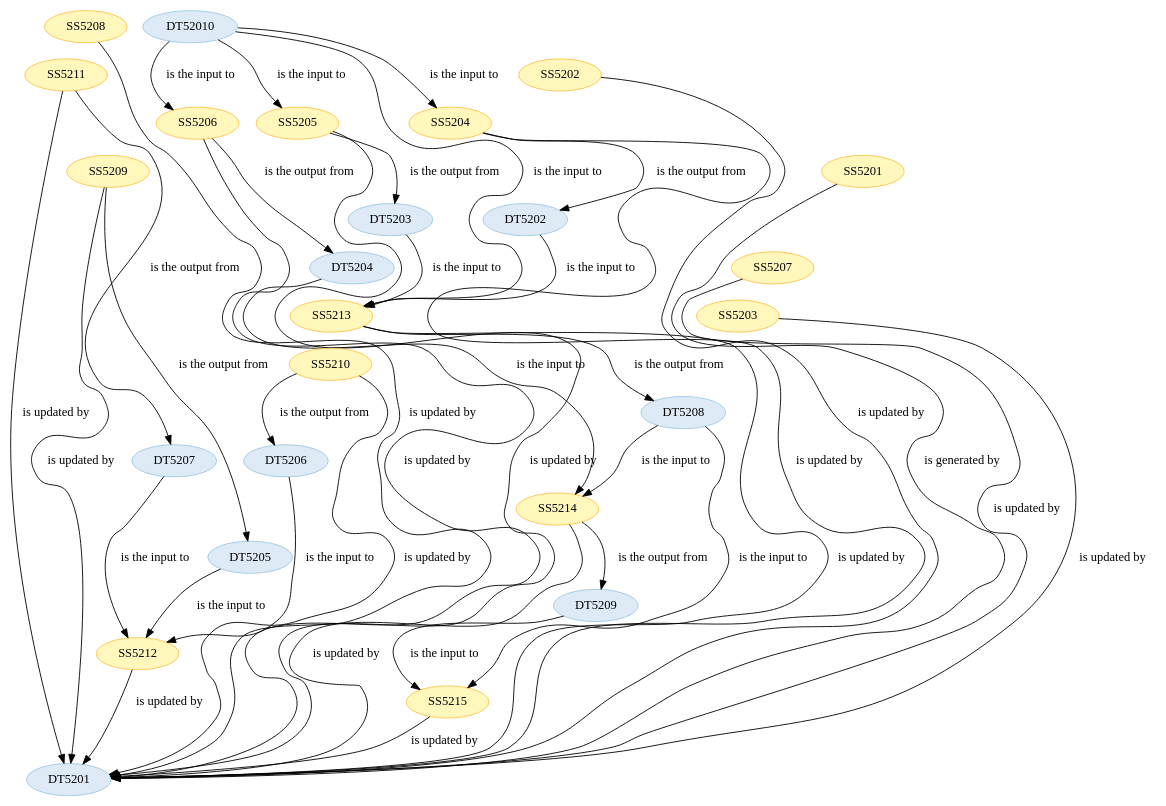
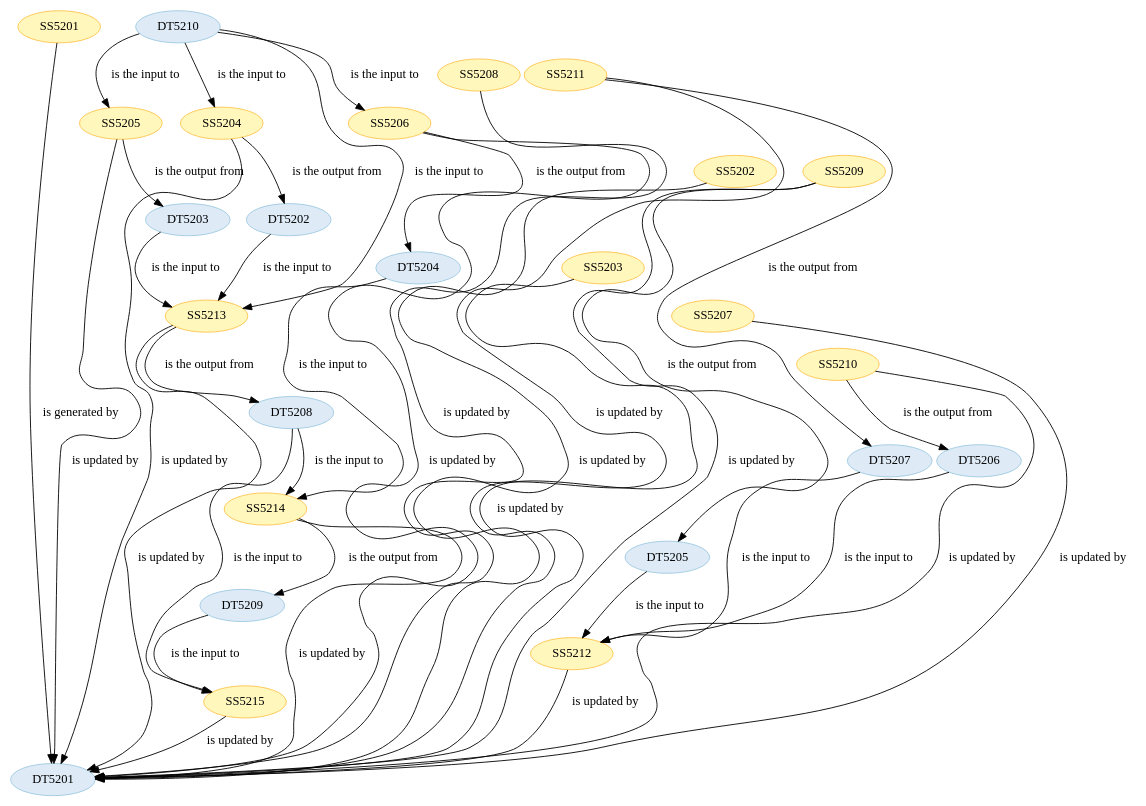
The diagram in wf5201/ST520101.dot (Marco-Salvi/cwl-test), drawn with Graphviz before and after one commit. The commit also changed 24 other files, not shown here.

```diff
--- a/wf5201/ST520101.dot
+++ b/wf5201/ST520101.dot
@@ -1,126 +1,126 @@
 strict digraph {
 
-
-	"DT5202" [ color="2", colorscheme="blues3", fillcolor="1", style="filled",  weight=0 ];
-
-	"DT5202" -> "SS5213" [ label="is the input to", labeltooltip="DT5202 - is the input to - SS5213",  weight=0 ];
 
 	"DT5207" [ color="2", colorscheme="blues3", fillcolor="1", style="filled",  weight=0 ];
 
 	"DT5207" -> "SS5212" [ label="is the input to", labeltooltip="DT5207 - is the input to - SS5212",  weight=0 ];
 
-	"SS5208" [ color="2", colorscheme="ylorbr3", fillcolor="1", style="filled",  weight=0 ];
+	"SS5201" [ color="2", colorscheme="ylorbr3", fillcolor="1", style="filled",  weight=0 ];
 
-	"SS5208" -> "DT5201" [ label="is updated by", labeltooltip="DT5201 - is updated by - SS5208",  weight=0 ];
+	"SS5201" -> "DT5201" [ label="is generated by", labeltooltip="DT5201 - is generated by - SS5201",  weight=0 ];
+
+	"DT5208" [ color="2", colorscheme="blues3", fillcolor="1", style="filled",  weight=0 ];
+
+	"DT5208" -> "SS5215" [ label="is the input to", labeltooltip="DT5208 - is the input to - SS5215",  weight=0 ];
+
+	"DT5208" -> "SS5214" [ label="is the input to", labeltooltip="DT5208 - is the input to - SS5214",  weight=0 ];
+
+	"DT5209" [ color="2", colorscheme="blues3", fillcolor="1", style="filled",  weight=0 ];
+
+	"DT5209" -> "SS5215" [ label="is the input to", labeltooltip="DT5209 - is the input to - SS5215",  weight=0 ];
 
 	"DT5205" [ color="2", colorscheme="blues3", fillcolor="1", style="filled",  weight=0 ];
 
 	"DT5205" -> "SS5212" [ label="is the input to", labeltooltip="DT5205 - is the input to - SS5212",  weight=0 ];
 
-	"SS5206" [ color="2", colorscheme="ylorbr3", fillcolor="1", style="filled",  weight=0 ];
+	"SS5208" [ color="2", colorscheme="ylorbr3", fillcolor="1", style="filled",  weight=0 ];
 
-	"SS5206" -> "DT5201" [ label="is updated by", labeltooltip="DT5201 - is updated by - SS5206",  weight=0 ];
+	"SS5208" -> "DT5201" [ label="is updated by", labeltooltip="DT5201 - is updated by - SS5208",  weight=0 ];
 
-	"SS5206" -> "DT5204" [ label="is the output from", labeltooltip="DT5204 - is the output from - SS5206",  weight=0 ];
+	"SS5202" [ color="2", colorscheme="ylorbr3", fillcolor="1", style="filled",  weight=0 ];
+
+	"SS5202" -> "DT5201" [ label="is updated by", labeltooltip="DT5201 - is updated by - SS5202",  weight=0 ];
 
 	"SS5211" [ color="2", colorscheme="ylorbr3", fillcolor="1", style="filled",  weight=0 ];
 
 	"SS5211" -> "DT5201" [ label="is updated by", labeltooltip="DT5201 - is updated by - SS5211",  weight=0 ];
 
 	"SS5211" -> "DT5207" [ label="is the output from", labeltooltip="DT5207 - is the output from - SS5211",  weight=0 ];
 
-	"SS5209" [ color="2", colorscheme="ylorbr3", fillcolor="1", style="filled",  weight=0 ];
+	"DT5203" [ color="2", colorscheme="blues3", fillcolor="1", style="filled",  weight=0 ];
 
-	"SS5209" -> "DT5201" [ label="is updated by", labeltooltip="DT5201 - is updated by - SS5209",  weight=0 ];
+	"DT5203" -> "SS5213" [ label="is the input to", labeltooltip="DT5203 - is the input to - SS5213",  weight=0 ];
 
-	"SS5209" -> "DT5205" [ label="is the output from", labeltooltip="DT5205 - is the output from - SS5209",  weight=0 ];
+	"SS5203" [ color="2", colorscheme="ylorbr3", fillcolor="1", style="filled",  weight=0 ];
+
+	"SS5203" -> "DT5201" [ label="is updated by", labeltooltip="DT5201 - is updated by - SS5203",  weight=0 ];
+
+	"SS5213" [ color="2", colorscheme="ylorbr3", fillcolor="1", style="filled",  weight=0 ];
+
+	"SS5213" -> "DT5208" [ label="is the output from", labeltooltip="DT5208 - is the output from - SS5213",  weight=0 ];
+
+	"SS5213" -> "DT5201" [ label="is updated by", labeltooltip="DT5201 - is updated by - SS5213",  weight=0 ];
+
+	"SS5204" [ color="2", colorscheme="ylorbr3", fillcolor="1", style="filled",  weight=0 ];
+
+	"SS5204" -> "DT5201" [ label="is updated by", labeltooltip="DT5201 - is updated by - SS5204",  weight=0 ];
+
+	"SS5204" -> "DT5202" [ label="is the output from", labeltooltip="DT5202 - is the output from - SS5204",  weight=0 ];
+
+	"DT5206" [ color="2", colorscheme="blues3", fillcolor="1", style="filled",  weight=0 ];
+
+	"DT5206" -> "SS5212" [ label="is the input to", labeltooltip="DT5206 - is the input to - SS5212",  weight=0 ];
+
+	"DT5201" [ color="2", colorscheme="blues3", fillcolor="1", style="filled",  weight=0 ];
+
+	"DT5202" [ color="2", colorscheme="blues3", fillcolor="1", style="filled",  weight=0 ];
+
+	"DT5202" -> "SS5213" [ label="is the input to", labeltooltip="DT5202 - is the input to - SS5213",  weight=0 ];
+
+	"SS5206" [ color="2", colorscheme="ylorbr3", fillcolor="1", style="filled",  weight=0 ];
+
+	"SS5206" -> "DT5204" [ label="is the output from", labeltooltip="DT5204 - is the output from - SS5206",  weight=0 ];
+
+	"SS5206" -> "DT5201" [ label="is updated by", labeltooltip="DT5201 - is updated by - SS5206",  weight=0 ];
 
 	"SS5212" [ color="2", colorscheme="ylorbr3", fillcolor="1", style="filled",  weight=0 ];
 
 	"SS5212" -> "DT5201" [ label="is updated by", labeltooltip="DT5201 - is updated by - SS5212",  weight=0 ];
 
 	"SS5214" [ color="2", colorscheme="ylorbr3", fillcolor="1", style="filled",  weight=0 ];
 
 	"SS5214" -> "DT5201" [ label="is updated by", labeltooltip="DT5201 - is updated by - SS5214",  weight=0 ];
 
 	"SS5214" -> "DT5209" [ label="is the output from", labeltooltip="DT5209 - is the output from - SS5214",  weight=0 ];
 
-	"DT5208" [ color="2", colorscheme="blues3", fillcolor="1", style="filled",  weight=0 ];
+	"SS5205" [ color="2", colorscheme="ylorbr3", fillcolor="1", style="filled",  weight=0 ];
 
-	"DT5208" -> "SS5215" [ label="is the input to", labeltooltip="DT5208 - is the input to - SS5215",  weight=0 ];
-
-	"DT5208" -> "SS5214" [ label="is the input to", labeltooltip="DT5208 - is the input to - SS5214",  weight=0 ];
-
-	"SS5202" [ color="2", colorscheme="ylorbr3", fillcolor="1", style="filled",  weight=0 ];
-
-	"SS5202" -> "DT5201" [ label="is updated by", labeltooltip="DT5201 - is updated by - SS5202",  weight=0 ];
-
-	"SS5205" [ color="2", colorscheme="ylorbr3", fillcolor="1", style="filled",  weight=0 ];
+	"SS5205" -> "DT5201" [ label="is updated by", labeltooltip="DT5201 - is updated by - SS5205",  weight=0 ];
 
 	"SS5205" -> "DT5203" [ label="is the output from", labeltooltip="DT5203 - is the output from - SS5205",  weight=0 ];
 
-	"SS5205" -> "DT5201" [ label="is updated by", labeltooltip="DT5201 - is updated by - SS5205",  weight=0 ];
+	"SS5209" [ color="2", colorscheme="ylorbr3", fillcolor="1", style="filled",  weight=0 ];
 
-	"SS5201" [ color="2", colorscheme="ylorbr3", fillcolor="1", style="filled",  weight=0 ];
+	"SS5209" -> "DT5205" [ label="is the output from", labeltooltip="DT5205 - is the output from - SS5209",  weight=0 ];
 
-	"SS5201" -> "DT5201" [ label="is generated by", labeltooltip="DT5201 - is generated by - SS5201",  weight=0 ];
-
-	"DT5203" [ color="2", colorscheme="blues3", fillcolor="1", style="filled",  weight=0 ];
-
-	"DT5203" -> "SS5213" [ label="is the input to", labeltooltip="DT5203 - is the input to - SS5213",  weight=0 ];
+	"SS5209" -> "DT5201" [ label="is updated by", labeltooltip="DT5201 - is updated by - SS5209",  weight=0 ];
 
 	"SS5207" [ color="2", colorscheme="ylorbr3", fillcolor="1", style="filled",  weight=0 ];
 
 	"SS5207" -> "DT5201" [ label="is updated by", labeltooltip="DT5201 - is updated by - SS5207",  weight=0 ];
 
-	"SS5204" [ color="2", colorscheme="ylorbr3", fillcolor="1", style="filled",  weight=0 ];
+	"DT5210" [ color="2", colorscheme="blues3", fillcolor="1", style="filled",  weight=0 ];
 
-	"SS5204" -> "DT5201" [ label="is updated by", labeltooltip="DT5201 - is updated by - SS5204",  weight=0 ];
+	"DT5210" -> "SS5213" [ label="is the input to", labeltooltip="DT5210 - is the input to - SS5213",  weight=0 ];
 
-	"SS5204" -> "DT5202" [ label="is the output from", labeltooltip="DT5202 - is the output from - SS5204",  weight=0 ];
+	"DT5210" -> "SS5204" [ label="is the input to", labeltooltip="DT5210 - is the input to - SS5204",  weight=0 ];
 
-	"SS5210" [ color="2", colorscheme="ylorbr3", fillcolor="1", style="filled",  weight=0 ];
+	"DT5210" -> "SS5205" [ label="is the input to", labeltooltip="DT5210 - is the input to - SS5205",  weight=0 ];
 
-	"SS5210" -> "DT5206" [ label="is the output from", labeltooltip="DT5206 - is the output from - SS5210",  weight=0 ];
+	"DT5210" -> "SS5206" [ label="is the input to", labeltooltip="DT5210 - is the input to - SS5206",  weight=0 ];
 
-	"SS5210" -> "DT5201" [ label="is updated by", labeltooltip="DT5201 - is updated by - SS5210",  weight=0 ];
+	"SS5215" [ color="2", colorscheme="ylorbr3", fillcolor="1", style="filled",  weight=0 ];
+
+	"SS5215" -> "DT5201" [ label="is updated by", labeltooltip="DT5201 - is updated by - SS5215",  weight=0 ];
 
 	"DT5204" [ color="2", colorscheme="blues3", fillcolor="1", style="filled",  weight=0 ];
 
 	"DT5204" -> "SS5214" [ label="is the input to", labeltooltip="DT5204 - is the input to - SS5214",  weight=0 ];
 
-	"DT52010" [ color="2", colorscheme="blues3", fillcolor="1", style="filled",  weight=0 ];
+	"SS5210" [ color="2", colorscheme="ylorbr3", fillcolor="1", style="filled",  weight=0 ];
 
-	"DT52010" -> "SS5206" [ label="is the input to", labeltooltip="DT52010 - is the input to - SS5206",  weight=0 ];
+	"SS5210" -> "DT5201" [ label="is updated by", labeltooltip="DT5201 - is updated by - SS5210",  weight=0 ];
 
-	"DT52010" -> "SS5213" [ label="is the input to", labeltooltip="DT52010 - is the input to - SS5213",  weight=0 ];
-
-	"DT52010" -> "SS5204" [ label="is the input to", labeltooltip="DT52010 - is the input to - SS5204",  weight=0 ];
-
-	"DT52010" -> "SS5205" [ label="is the input to", labeltooltip="DT52010 - is the input to - SS5205",  weight=0 ];
-
-	"SS5203" [ color="2", colorscheme="ylorbr3", fillcolor="1", style="filled",  weight=0 ];
-
-	"SS5203" -> "DT5201" [ label="is updated by", labeltooltip="DT5201 - is updated by - SS5203",  weight=0 ];
-
-	"SS5213" [ color="2", colorscheme="ylorbr3", fillcolor="1", style="filled",  weight=0 ];
-
-	"SS5213" -> "DT5201" [ label="is updated by", labeltooltip="DT5201 - is updated by - SS5213",  weight=0 ];
-
-	"SS5213" -> "DT5208" [ label="is the output from", labeltooltip="DT5208 - is the output from - SS5213",  weight=0 ];
-
-	"SS5215" [ color="2", colorscheme="ylorbr3", fillcolor="1", style="filled",  weight=0 ];
-
-	"SS5215" -> "DT5201" [ label="is updated by", labeltooltip="DT5201 - is updated by - SS5215",  weight=0 ];
-
-	"DT5206" [ color="2", colorscheme="blues3", fillcolor="1", style="filled",  weight=0 ];
-
-	"DT5206" -> "SS5212" [ label="is the input to", labeltooltip="DT5206 - is the input to - SS5212",  weight=0 ];
-
-	"DT5209" [ color="2", colorscheme="blues3", fillcolor="1", style="filled",  weight=0 ];
-
-	"DT5209" -> "SS5215" [ label="is the input to", labeltooltip="DT5209 - is the input to - SS5215",  weight=0 ];
-
-	"DT5201" [ color="2", colorscheme="blues3", fillcolor="1", style="filled",  weight=0 ];
+	"SS5210" -> "DT5206" [ label="is the output from", labeltooltip="DT5206 - is the output from - SS5210",  weight=0 ];
 
 }
```
